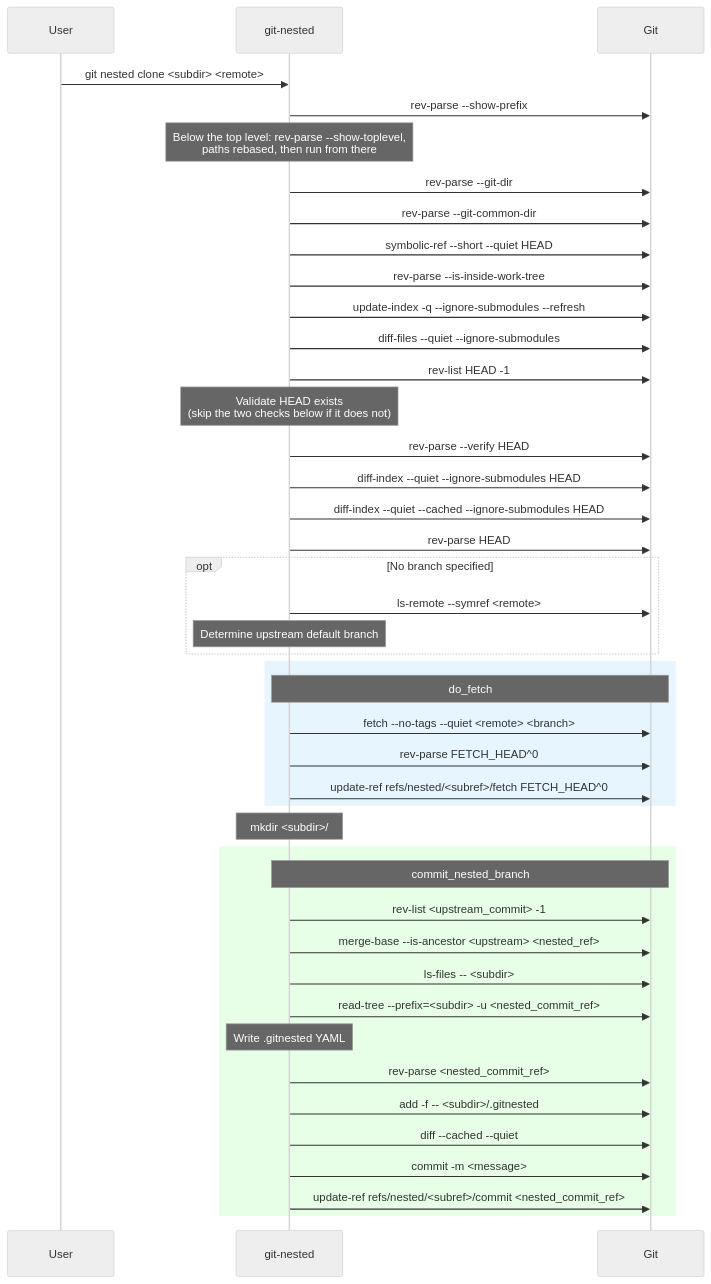
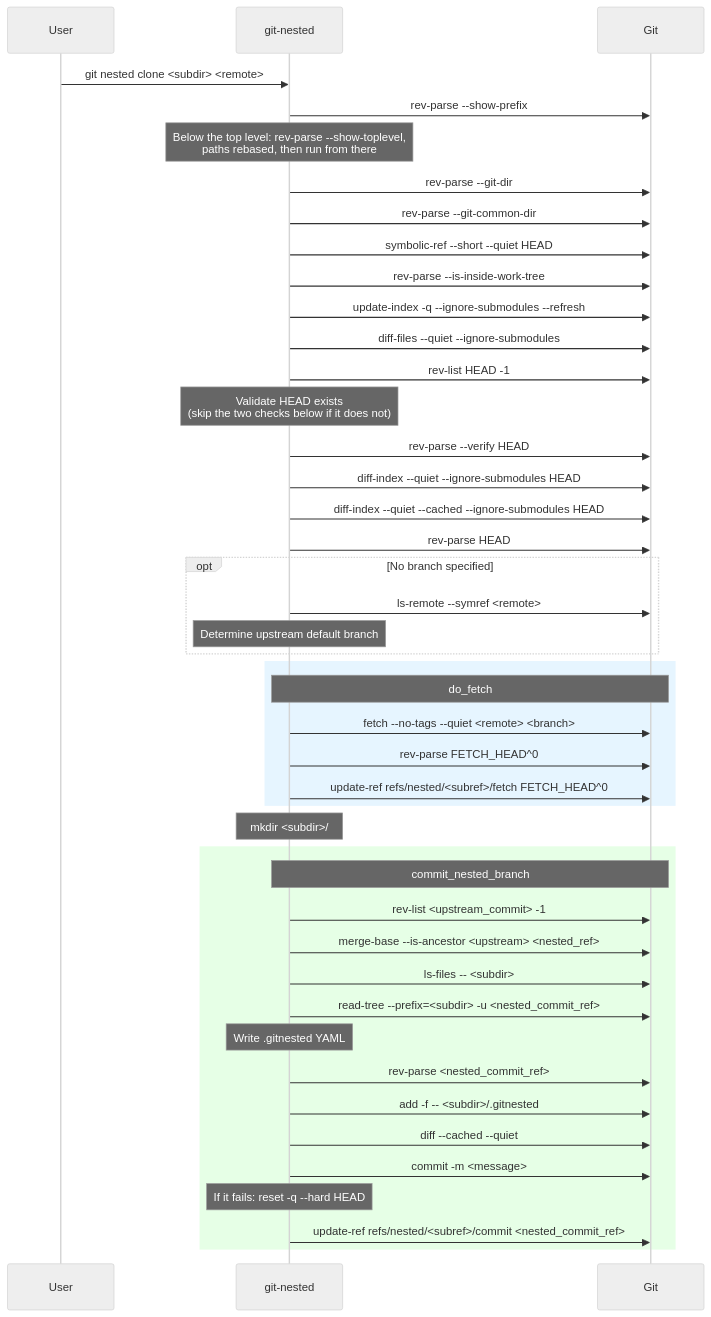
One commit to thorsten-klein/git-nested changed the first of 14 diagrams in docs/diagrams.md. Above: the diagram before and after it, drawn with Mermaid (neutral theme). The commit also changed other lines of this file and 6 other files, not shown here.

````diff
--- a/docs/diagrams.md
+++ b/docs/diagrams.md
@@ -9,50 +9,51 @@
 ```mermaid
 sequenceDiagram
     participant User
     participant git-nested
     participant Git
 
     User->>git-nested: git nested clone <subdir> <remote>
     git-nested->>Git: rev-parse --show-prefix
     Note over git-nested: Below the top level: rev-parse --show-toplevel,<br/>paths rebased, then run from there
     git-nested->>Git: rev-parse --git-dir
     git-nested->>Git: rev-parse --git-common-dir
     git-nested->>Git: symbolic-ref --short --quiet HEAD
     git-nested->>Git: rev-parse --is-inside-work-tree
     git-nested->>Git: update-index -q --ignore-submodules --refresh
     git-nested->>Git: diff-files --quiet --ignore-submodules
     git-nested->>Git: rev-list HEAD -1
     Note over git-nested: Validate HEAD exists<br/>(skip the two checks below if it does not)
     git-nested->>Git: rev-parse --verify HEAD
     git-nested->>Git: diff-index --quiet --ignore-submodules HEAD
     git-nested->>Git: diff-index --quiet --cached --ignore-submodules HEAD
     git-nested->>Git: rev-parse HEAD
 
     opt No branch specified
         git-nested->>Git: ls-remote --symref <remote>
         Note over git-nested: Determine upstream default branch
     end
 
     rect rgb(230, 245, 255)
         Note over git-nested,Git: do_fetch
         git-nested->>Git: fetch --no-tags --quiet <remote> <branch>
         git-nested->>Git: rev-parse FETCH_HEAD^0
         git-nested->>Git: update-ref refs/nested/<subref>/fetch FETCH_HEAD^0
     end
 
     Note over git-nested: mkdir <subdir>/
 
     rect rgb(230, 255, 230)
         Note over git-nested,Git: commit_nested_branch
         git-nested->>Git: rev-list <upstream_commit> -1
         git-nested->>Git: merge-base --is-ancestor <upstream> <nested_ref>
         git-nested->>Git: ls-files -- <subdir>
         git-nested->>Git: read-tree --prefix=<subdir> -u <nested_commit_ref>
         Note over git-nested: Write .gitnested YAML
         git-nested->>Git: rev-parse <nested_commit_ref>
         git-nested->>Git: add -f -- <subdir>/.gitnested
         git-nested->>Git: diff --cached --quiet
         git-nested->>Git: commit -m <message>
+        Note over git-nested: If it fails: reset -q --hard HEAD
         git-nested->>Git: update-ref refs/nested/<subref>/commit <nested_commit_ref>
     end
 ```
````
